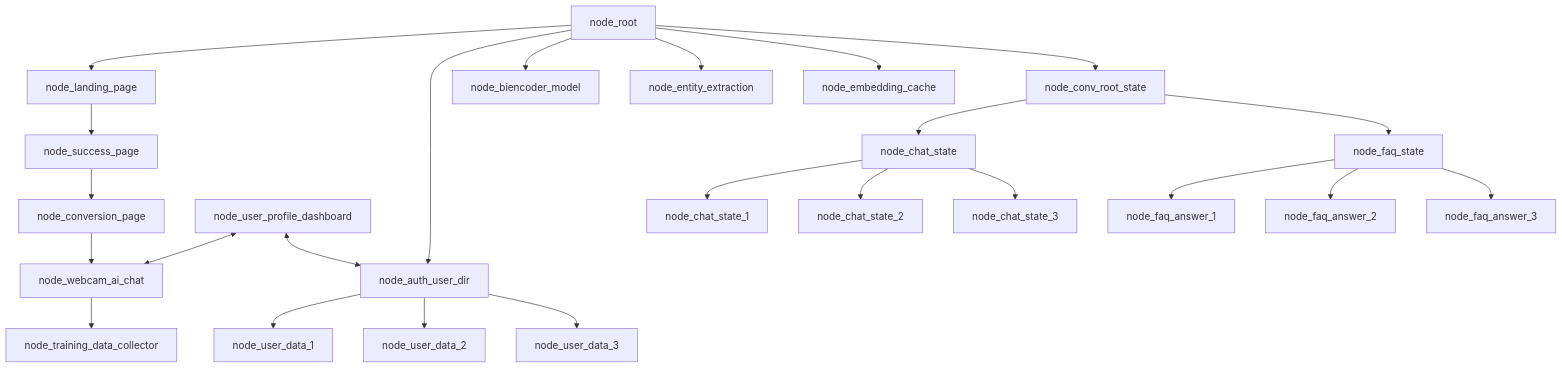
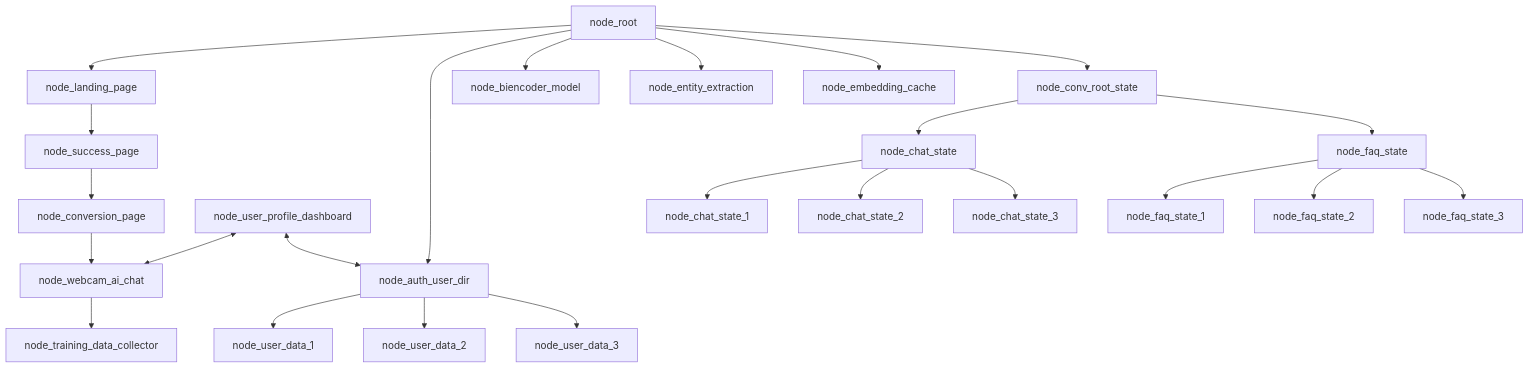
Before and after one commit to WrappedUsername/doggy-decoder-jac: the first of 2 diagrams in README.md, drawn with Mermaid. The commit also changed 2 other files, not shown here.

Commit message:
Configuring files - Keefe

````diff
--- a/README.md
+++ b/README.md
@@ -19,26 +19,26 @@
 ```mermaid
 graph TD;
     node_root-->node_landing_page
     node_landing_page-->node_success_page
     node_success_page-->node_conversion_page
     node_conversion_page-->node_webcam_ai_chat
     node_user_profile_dashboard<-->node_webcam_ai_chat
     node_webcam_ai_chat-->node_training_data_collector
     node_root-->node_auth_user_dir
     node_root-->node_biencoder_model
     node_root-->node_entity_extraction
     node_root-->node_embedding_cache
     node_root-->node_conv_root_state
     node_conv_root_state-->node_chat_state
     node_chat_state-->node_chat_state_1
     node_chat_state-->node_chat_state_2
     node_chat_state-->node_chat_state_3
     node_conv_root_state-->node_faq_state
-    node_faq_state-->node_faq_answer_1
-    node_faq_state-->node_faq_answer_2
-    node_faq_state-->node_faq_answer_3
+    node_faq_state-->node_faq_state_1
+    node_faq_state-->node_faq_state_2
+    node_faq_state-->node_faq_state_3
     node_auth_user_dir-->node_user_data_1
     node_auth_user_dir-->node_user_data_2
     node_auth_user_dir-->node_user_data_3
     node_user_profile_dashboard<-->node_auth_user_dir
 ```
````
